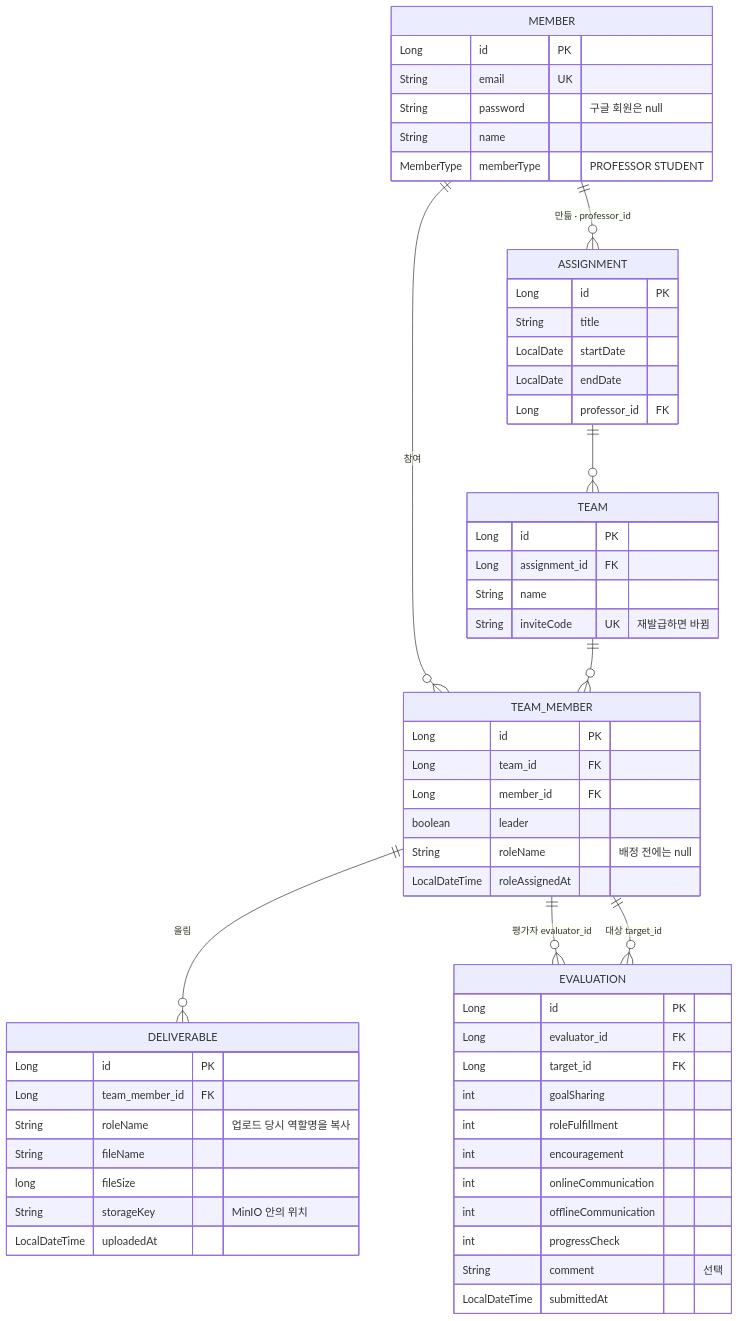
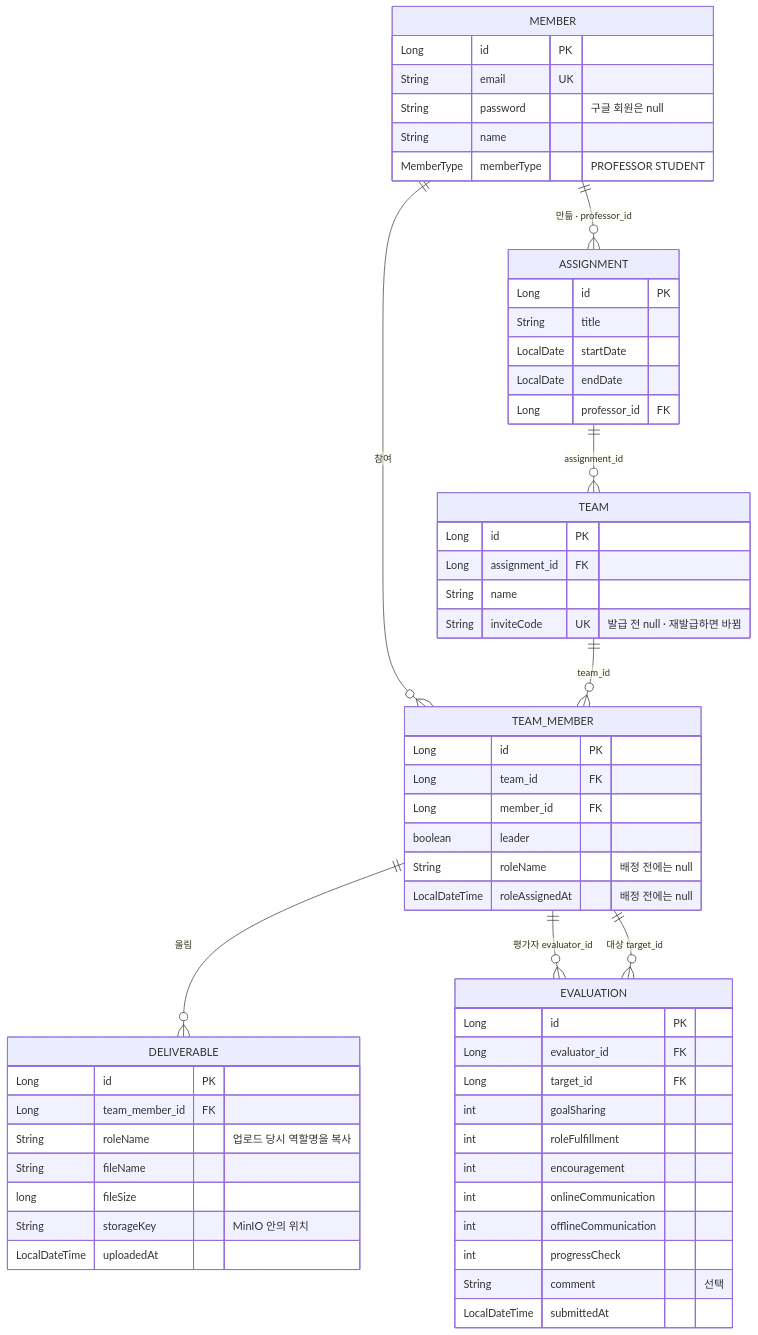
One commit to Pyrite9/footprint-demo changed the sixth of 6 diagrams in docs/architecture.md. Above: the diagram before and after it, drawn with Mermaid. The commit also changed other lines of this file and 11 other files, not shown here.

````diff
--- a/docs/architecture.md
+++ b/docs/architecture.md
@@ -160,61 +200,61 @@
 ```mermaid
 erDiagram
     MEMBER ||--o{ ASSIGNMENT : "만듦 · professor_id"
     MEMBER ||--o{ TEAM_MEMBER : "참여"
-    ASSIGNMENT ||--o{ TEAM : ""
-    TEAM ||--o{ TEAM_MEMBER : ""
+    ASSIGNMENT ||--o{ TEAM : "assignment_id"
+    TEAM ||--o{ TEAM_MEMBER : "team_id"
     TEAM_MEMBER ||--o{ DELIVERABLE : "올림"
     TEAM_MEMBER ||--o{ EVALUATION : "평가자 evaluator_id"
     TEAM_MEMBER ||--o{ EVALUATION : "대상 target_id"
 
     MEMBER {
         Long id PK
         String email UK
         String password "구글 회원은 null"
         String name
         MemberType memberType "PROFESSOR STUDENT"
     }
     ASSIGNMENT {
         Long id PK
         String title
         LocalDate startDate
         LocalDate endDate
         Long professor_id FK
     }
     TEAM {
         Long id PK
         Long assignment_id FK
         String name
-        String inviteCode UK "재발급하면 바뀜"
+        String inviteCode UK "발급 전 null · 재발급하면 바뀜"
     }
     TEAM_MEMBER {
         Long id PK
         Long team_id FK
         Long member_id FK
         boolean leader
         String roleName "배정 전에는 null"
-        LocalDateTime roleAssignedAt
+        LocalDateTime roleAssignedAt "배정 전에는 null"
     }
     DELIVERABLE {
         Long id PK
         Long team_member_id FK
         String roleName "업로드 당시 역할명을 복사"
         String fileName
         long fileSize
         String storageKey "MinIO 안의 위치"
         LocalDateTime uploadedAt
     }
     EVALUATION {
         Long id PK
         Long evaluator_id FK
         Long target_id FK
         int goalSharing
         int roleFulfillment
         int encouragement
         int onlineCommunication
         int offlineCommunication
         int progressCheck
         String comment "선택"
         LocalDateTime submittedAt
     }
 ```
````
